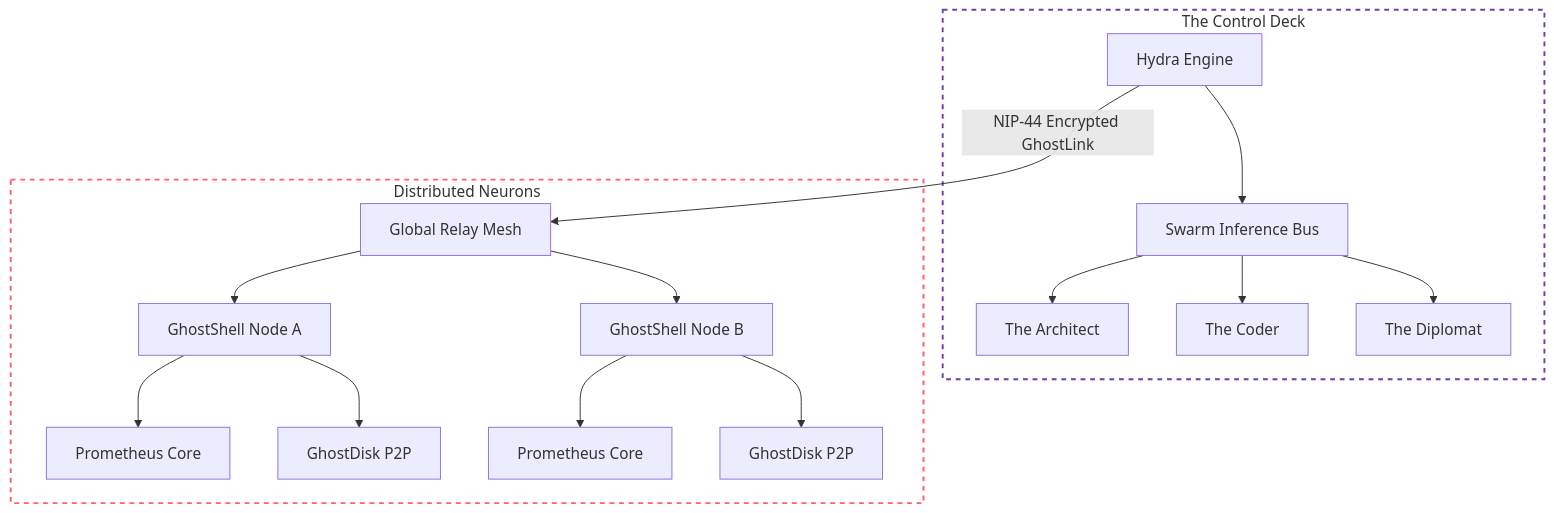
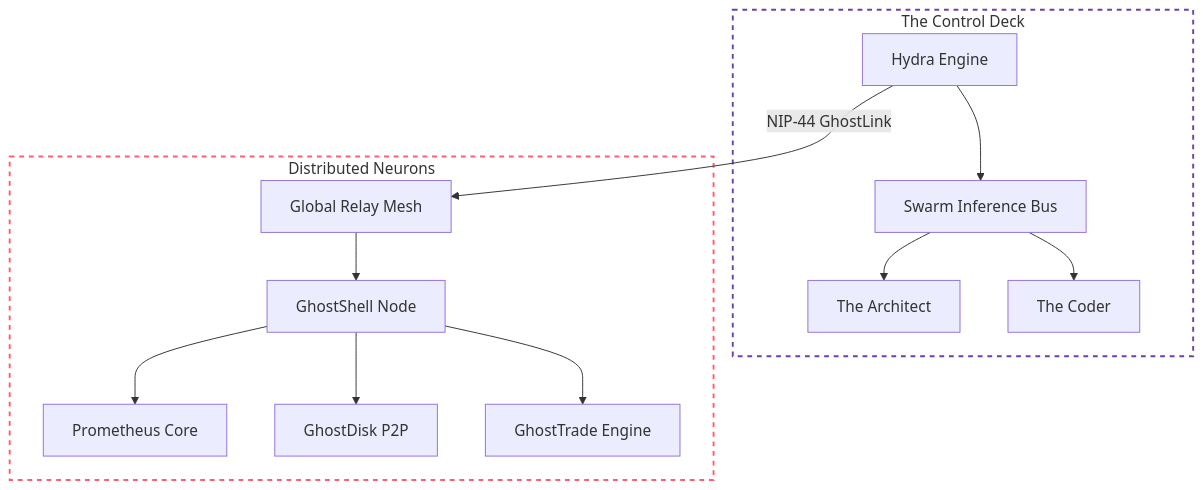
The diagram in README.md (web3coderman-dev/ghostnet-protocol), drawn with Mermaid before and after one commit. The commit also changed other lines of this file, not shown here.

Commit message:
⌬ Hydra Engine: Architecture Upgrade - Transitioning from Trinity to Five Pillars (Pentagram) for full systemic transparency

````diff
--- a/README.md
+++ b/README.md
@@ -14,24 +8,20 @@
 ```mermaid
 graph TD
     subgraph BRAIN [The Control Deck]
     H[Hydra Engine] --> S[Swarm Inference Bus]
     S --> A[The Architect]
     S --> C[The Coder]
-    S --> D[The Diplomat]
     end
 
-    H -->|NIP-44 Encrypted GhostLink| G[Global Relay Mesh]
+    H -->|NIP-44 GhostLink| G[Global Relay Mesh]
 
     subgraph BODY [Distributed Neurons]
-    G --> GS1[GhostShell Node A]
-    G --> GS2[GhostShell Node B]
-    GS1 --> P1[Prometheus Core]
-    GS1 --> GD1[GhostDisk P2P]
-    GS2 --> P2[Prometheus Core]
-    GS2 --> GD2[GhostDisk P2P]
+    G --> GS[GhostShell Node]
+    GS --> P[Prometheus Core]
+    GS --> GD[GhostDisk P2P]
+    GS --> GT[GhostTrade Engine]
     end
 
-    %% Transparency and Modern Styling for GitHub Light/Dark modes
     style BRAIN fill:none,stroke:#6e40aa,stroke-width:2px,stroke-dasharray: 5 5
     style BODY fill:none,stroke:#ff5f6d,stroke-width:2px,stroke-dasharray: 5 5
 ```
````
